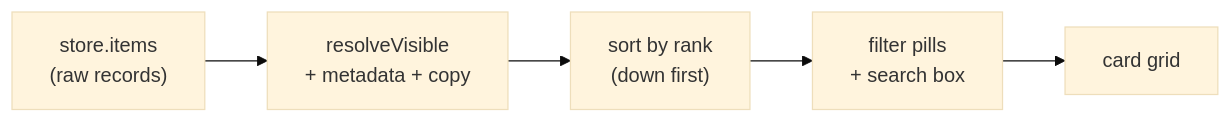
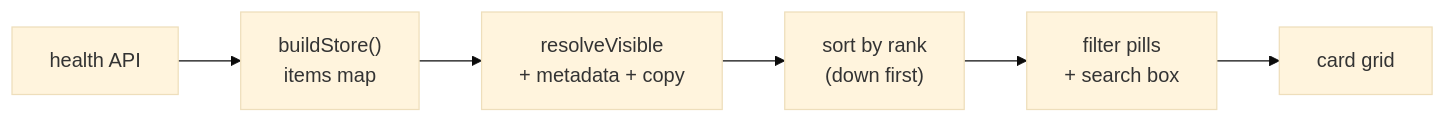
The seventh of 9 diagrams in PROJECT_GUIDE.md (pucardotorg/public-health-dashboard), drawn with Mermaid (base theme) before and after one commit. The commit also changed other lines of this file and 16 other files, not shown here.

````diff
--- a/PROJECT_GUIDE.md
+++ b/PROJECT_GUIDE.md
@@ -288,7 +326,7 @@
 ```mermaid
 flowchart LR
-    items["store.items<br/>(raw records)"] --> resolve["resolveVisible<br/>+ metadata + copy"]
+    api["health API"] --> build["buildStore()<br/>items map"] --> resolve["resolveVisible<br/>+ metadata + copy"]
     resolve --> sort["sort by rank<br/>(down first)"]
     sort --> filt["filter pills<br/>+ search box"]
     filt --> grid["card grid"]
 ```
````
